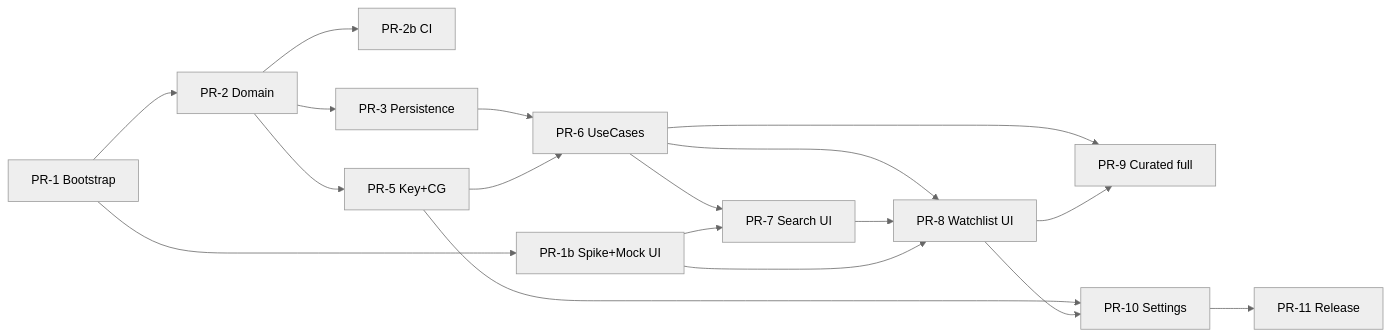
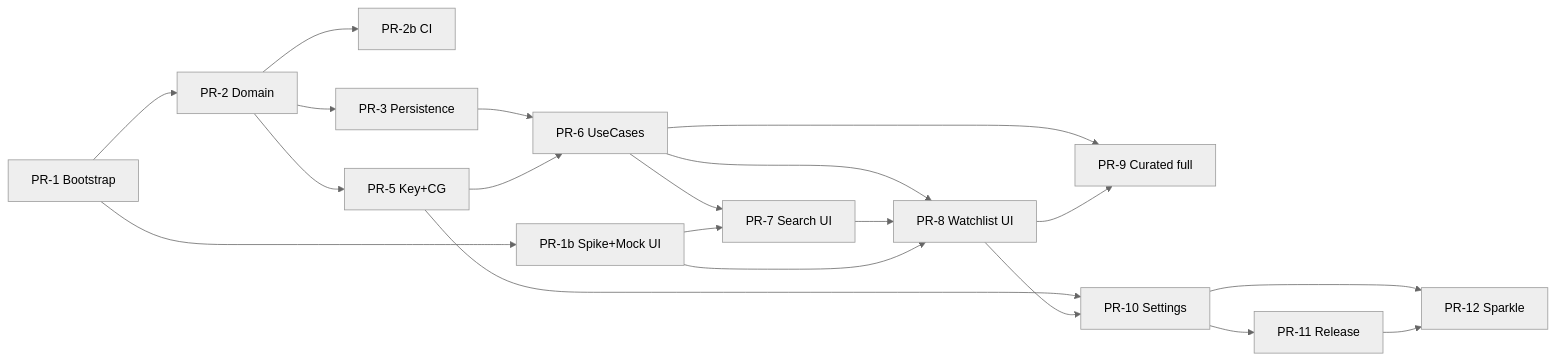
One commit to YanYuanFE/crypto-lens changed the fifth of 5 diagrams in docs/design/macos-menu-bar-app.md. Above: the diagram before and after it, drawn with Mermaid (neutral theme). The commit also changed other lines of this file and 21 other files, not shown here.

````diff
--- a/docs/design/macos-menu-bar-app.md
+++ b/docs/design/macos-menu-bar-app.md
@@ -1180,20 +1189,22 @@
 ```mermaid
 flowchart LR
   PR1[PR-1 Bootstrap] --> PR1b[PR-1b Spike+Mock UI]
   PR1 --> PR2[PR-2 Domain]
   PR2 --> PR2b[PR-2b CI]
   PR2 --> PR3[PR-3 Persistence]
   PR2 --> PR5[PR-5 Key+CG]
   PR3 --> PR6[PR-6 UseCases]
   PR5 --> PR6
   PR6 --> PR7[PR-7 Search UI]
   PR1b --> PR7
   PR6 --> PR8[PR-8 Watchlist UI]
   PR7 --> PR8
   PR1b --> PR8
   PR6 --> PR9[PR-9 Curated full]
   PR8 --> PR9
   PR5 --> PR10[PR-10 Settings]
   PR8 --> PR10
   PR10 --> PR11[PR-11 Release]
+  PR10 --> PR12[PR-12 Sparkle]
+  PR11 --> PR12
 ```
````
